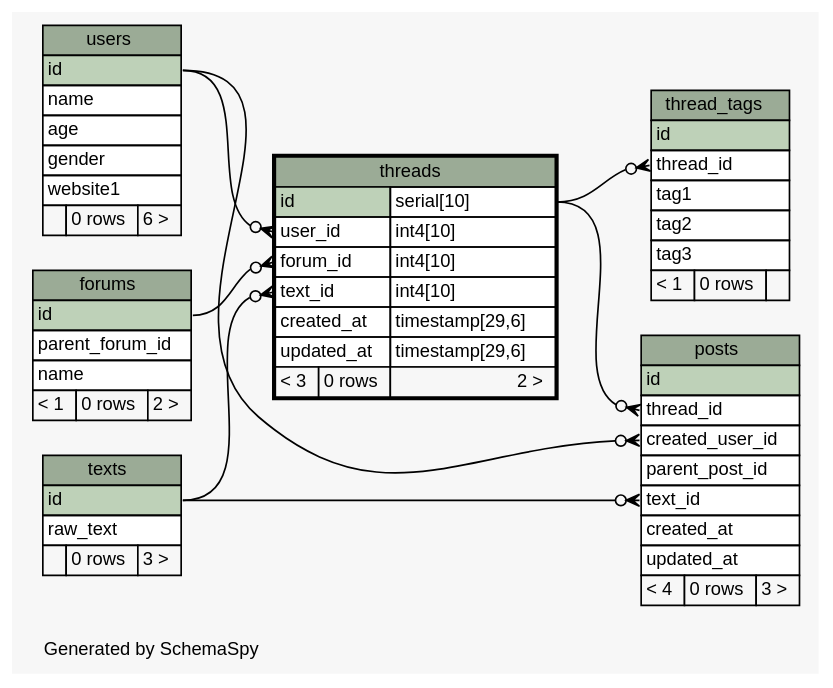
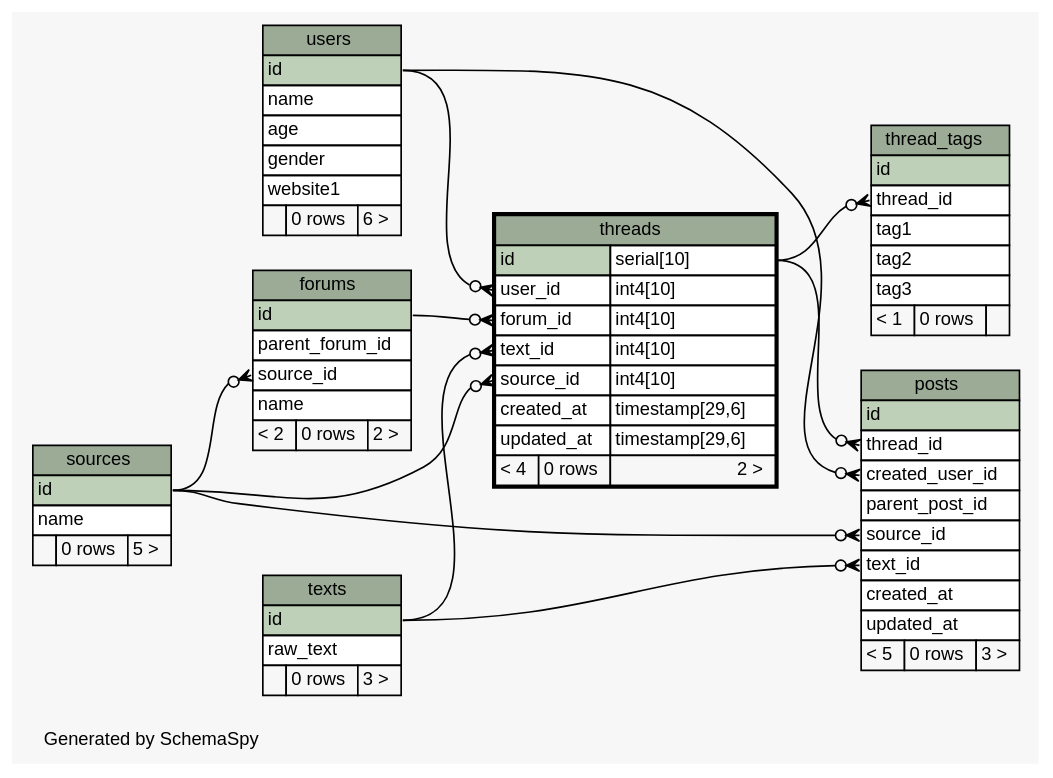
One commit to ryanaustincarlson/moocdb changed the diagram in library/diagrams/threads.1degree.dot. Above: the diagram before and after it, drawn with Graphviz. The commit also changed 79 other files, not shown here.

Commit message:
Adding source_id to threads and posts etc.

```diff
--- a/library/diagrams/threads.1degree.dot
+++ b/library/diagrams/threads.1degree.dot
@@ -1,111 +1,128 @@
 // dot 2.34.0 on Mac OS X 10.8.3
 // SchemaSpy rev 590
 digraph "oneDegreeRelationshipsDiagram" {
   graph [
     rankdir="RL"
     bgcolor="#f7f7f7"
     label="\nGenerated by SchemaSpy"
     labeljust="l"
     nodesep="0.18"
     ranksep="0.46"
     fontname="Helvetica"
     fontsize="11"
   ];
   node [
     fontname="Helvetica"
     fontsize="11"
     shape="plaintext"
   ];
   edge [
     arrowsize="0.8"
   ];
+  "forums":"source_id":w -> "sources":"id":e [arrowhead=none dir=back arrowtail=crowodot];
   "posts":"created_user_id":w -> "users":"id":e [arrowhead=none dir=back arrowtail=crowodot];
+  "posts":"source_id":w -> "sources":"id":e [arrowhead=none dir=back arrowtail=crowodot];
   "posts":"text_id":w -> "texts":"id":e [arrowhead=none dir=back arrowtail=crowodot];
   "posts":"thread_id":w -> "threads":"id.type":e [arrowhead=none dir=back arrowtail=crowodot];
   "thread_tags":"thread_id":w -> "threads":"id.type":e [arrowhead=none dir=back arrowtail=crowodot];
   "threads":"forum_id":w -> "forums":"id":e [arrowhead=none dir=back arrowtail=crowodot];
+  "threads":"source_id":w -> "sources":"id":e [arrowhead=none dir=back arrowtail=crowodot];
   "threads":"text_id":w -> "texts":"id":e [arrowhead=none dir=back arrowtail=crowodot];
   "threads":"user_id":w -> "users":"id":e [arrowhead=none dir=back arrowtail=crowodot];
   "forums" [
     label=<
     <TABLE BORDER="0" CELLBORDER="1" CELLSPACING="0" BGCOLOR="#ffffff">
       <TR><TD COLSPAN="3" BGCOLOR="#9bab96" ALIGN="CENTER">forums</TD></TR>
       <TR><TD PORT="id" COLSPAN="3" BGCOLOR="#bed1b8" ALIGN="LEFT">id</TD></TR>
       <TR><TD PORT="parent_forum_id" COLSPAN="3" ALIGN="LEFT">parent_forum_id</TD></TR>
+      <TR><TD PORT="source_id" COLSPAN="3" ALIGN="LEFT">source_id</TD></TR>
       <TR><TD PORT="name" COLSPAN="3" ALIGN="LEFT">name</TD></TR>
-      <TR><TD ALIGN="LEFT" BGCOLOR="#f7f7f7">&lt; 1</TD><TD ALIGN="RIGHT" BGCOLOR="#f7f7f7">0 rows</TD><TD ALIGN="RIGHT" BGCOLOR="#f7f7f7">2 &gt;</TD></TR>
+      <TR><TD ALIGN="LEFT" BGCOLOR="#f7f7f7">&lt; 2</TD><TD ALIGN="RIGHT" BGCOLOR="#f7f7f7">0 rows</TD><TD ALIGN="RIGHT" BGCOLOR="#f7f7f7">2 &gt;</TD></TR>
     </TABLE>>
     URL="forums.html"
     tooltip="forums"
   ];
   "posts" [
     label=<
     <TABLE BORDER="0" CELLBORDER="1" CELLSPACING="0" BGCOLOR="#ffffff">
       <TR><TD COLSPAN="3" BGCOLOR="#9bab96" ALIGN="CENTER">posts</TD></TR>
       <TR><TD PORT="id" COLSPAN="3" BGCOLOR="#bed1b8" ALIGN="LEFT">id</TD></TR>
       <TR><TD PORT="thread_id" COLSPAN="3" ALIGN="LEFT">thread_id</TD></TR>
       <TR><TD PORT="created_user_id" COLSPAN="3" ALIGN="LEFT">created_user_id</TD></TR>
       <TR><TD PORT="parent_post_id" COLSPAN="3" ALIGN="LEFT">parent_post_id</TD></TR>
+      <TR><TD PORT="source_id" COLSPAN="3" ALIGN="LEFT">source_id</TD></TR>
       <TR><TD PORT="text_id" COLSPAN="3" ALIGN="LEFT">text_id</TD></TR>
       <TR><TD PORT="created_at" COLSPAN="3" ALIGN="LEFT">created_at</TD></TR>
       <TR><TD PORT="updated_at" COLSPAN="3" ALIGN="LEFT">updated_at</TD></TR>
-      <TR><TD ALIGN="LEFT" BGCOLOR="#f7f7f7">&lt; 4</TD><TD ALIGN="RIGHT" BGCOLOR="#f7f7f7">0 rows</TD><TD ALIGN="RIGHT" BGCOLOR="#f7f7f7">3 &gt;</TD></TR>
+      <TR><TD ALIGN="LEFT" BGCOLOR="#f7f7f7">&lt; 5</TD><TD ALIGN="RIGHT" BGCOLOR="#f7f7f7">0 rows</TD><TD ALIGN="RIGHT" BGCOLOR="#f7f7f7">3 &gt;</TD></TR>
     </TABLE>>
     URL="posts.html"
     tooltip="posts"
+  ];
+  "sources" [
+    label=<
+    <TABLE BORDER="0" CELLBORDER="1" CELLSPACING="0" BGCOLOR="#ffffff">
+      <TR><TD COLSPAN="3" BGCOLOR="#9bab96" ALIGN="CENTER">sources</TD></TR>
+      <TR><TD PORT="id" COLSPAN="3" BGCOLOR="#bed1b8" ALIGN="LEFT">id</TD></TR>
+      <TR><TD PORT="name" COLSPAN="3" ALIGN="LEFT">name</TD></TR>
+      <TR><TD ALIGN="LEFT" BGCOLOR="#f7f7f7">  </TD><TD ALIGN="RIGHT" BGCOLOR="#f7f7f7">0 rows</TD><TD ALIGN="RIGHT" BGCOLOR="#f7f7f7">5 &gt;</TD></TR>
+    </TABLE>>
+    URL="sources.html"
+    tooltip="sources"
   ];
   "texts" [
     label=<
     <TABLE BORDER="0" CELLBORDER="1" CELLSPACING="0" BGCOLOR="#ffffff">
       <TR><TD COLSPAN="3" BGCOLOR="#9bab96" ALIGN="CENTER">texts</TD></TR>
       <TR><TD PORT="id" COLSPAN="3" BGCOLOR="#bed1b8" ALIGN="LEFT">id</TD></TR>
       <TR><TD PORT="raw_text" COLSPAN="3" ALIGN="LEFT">raw_text</TD></TR>
       <TR><TD ALIGN="LEFT" BGCOLOR="#f7f7f7">  </TD><TD ALIGN="RIGHT" BGCOLOR="#f7f7f7">0 rows</TD><TD ALIGN="RIGHT" BGCOLOR="#f7f7f7">3 &gt;</TD></TR>
     </TABLE>>
     URL="texts.html"
     tooltip="texts"
   ];
   "thread_tags" [
     label=<
     <TABLE BORDER="0" CELLBORDER="1" CELLSPACING="0" BGCOLOR="#ffffff">
       <TR><TD COLSPAN="3" BGCOLOR="#9bab96" ALIGN="CENTER">thread_tags</TD></TR>
       <TR><TD PORT="id" COLSPAN="3" BGCOLOR="#bed1b8" ALIGN="LEFT">id</TD></TR>
       <TR><TD PORT="thread_id" COLSPAN="3" ALIGN="LEFT">thread_id</TD></TR>
       <TR><TD PORT="tag1" COLSPAN="3" ALIGN="LEFT">tag1</TD></TR>
       <TR><TD PORT="tag2" COLSPAN="3" ALIGN="LEFT">tag2</TD></TR>
       <TR><TD PORT="tag3" COLSPAN="3" ALIGN="LEFT">tag3</TD></TR>
       <TR><TD ALIGN="LEFT" BGCOLOR="#f7f7f7">&lt; 1</TD><TD ALIGN="RIGHT" BGCOLOR="#f7f7f7">0 rows</TD><TD ALIGN="RIGHT" BGCOLOR="#f7f7f7">  </TD></TR>
     </TABLE>>
     URL="thread_tags.html"
     tooltip="thread_tags"
   ];
   "threads" [
     label=<
     <TABLE BORDER="2" CELLBORDER="1" CELLSPACING="0" BGCOLOR="#ffffff">
       <TR><TD COLSPAN="3" BGCOLOR="#9bab96" ALIGN="CENTER">threads</TD></TR>
       <TR><TD PORT="id" COLSPAN="2" BGCOLOR="#bed1b8" ALIGN="LEFT">id</TD><TD PORT="id.type" ALIGN="LEFT">serial[10]</TD></TR>
       <TR><TD PORT="user_id" COLSPAN="2" ALIGN="LEFT">user_id</TD><TD PORT="user_id.type" ALIGN="LEFT">int4[10]</TD></TR>
       <TR><TD PORT="forum_id" COLSPAN="2" ALIGN="LEFT">forum_id</TD><TD PORT="forum_id.type" ALIGN="LEFT">int4[10]</TD></TR>
       <TR><TD PORT="text_id" COLSPAN="2" ALIGN="LEFT">text_id</TD><TD PORT="text_id.type" ALIGN="LEFT">int4[10]</TD></TR>
+      <TR><TD PORT="source_id" COLSPAN="2" ALIGN="LEFT">source_id</TD><TD PORT="source_id.type" ALIGN="LEFT">int4[10]</TD></TR>
       <TR><TD PORT="created_at" COLSPAN="2" ALIGN="LEFT">created_at</TD><TD PORT="created_at.type" ALIGN="LEFT">timestamp[29,6]</TD></TR>
       <TR><TD PORT="updated_at" COLSPAN="2" ALIGN="LEFT">updated_at</TD><TD PORT="updated_at.type" ALIGN="LEFT">timestamp[29,6]</TD></TR>
-      <TR><TD ALIGN="LEFT" BGCOLOR="#f7f7f7">&lt; 3</TD><TD ALIGN="RIGHT" BGCOLOR="#f7f7f7">0 rows</TD><TD ALIGN="RIGHT" BGCOLOR="#f7f7f7">2 &gt;</TD></TR>
+      <TR><TD ALIGN="LEFT" BGCOLOR="#f7f7f7">&lt; 4</TD><TD ALIGN="RIGHT" BGCOLOR="#f7f7f7">0 rows</TD><TD ALIGN="RIGHT" BGCOLOR="#f7f7f7">2 &gt;</TD></TR>
     </TABLE>>
     URL="threads.html"
     tooltip="threads"
   ];
   "users" [
     label=<
     <TABLE BORDER="0" CELLBORDER="1" CELLSPACING="0" BGCOLOR="#ffffff">
       <TR><TD COLSPAN="3" BGCOLOR="#9bab96" ALIGN="CENTER">users</TD></TR>
       <TR><TD PORT="id" COLSPAN="3" BGCOLOR="#bed1b8" ALIGN="LEFT">id</TD></TR>
       <TR><TD PORT="name" COLSPAN="3" ALIGN="LEFT">name</TD></TR>
       <TR><TD PORT="age" COLSPAN="3" ALIGN="LEFT">age</TD></TR>
       <TR><TD PORT="gender" COLSPAN="3" ALIGN="LEFT">gender</TD></TR>
       <TR><TD PORT="website1" COLSPAN="3" ALIGN="LEFT">website1</TD></TR>
       <TR><TD ALIGN="LEFT" BGCOLOR="#f7f7f7">  </TD><TD ALIGN="RIGHT" BGCOLOR="#f7f7f7">0 rows</TD><TD ALIGN="RIGHT" BGCOLOR="#f7f7f7">6 &gt;</TD></TR>
     </TABLE>>
     URL="users.html"
     tooltip="users"
   ];
 }
```
